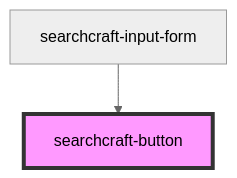
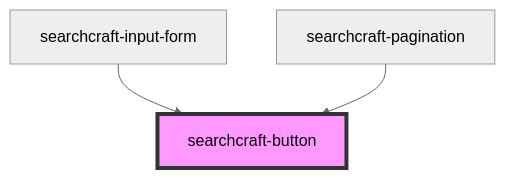
One commit to searchcraft-inc/searchcraft-javascript-sdks changed the diagram in packages/javascript-sdk/src/components/searchcraft-button/readme.md. Above: the diagram before and after it, drawn with Mermaid (neutral theme). The commit also changed other lines of this file and 86 other files, not shown here.

````diff
--- a/packages/javascript-sdk/src/components/searchcraft-button/readme.md
+++ b/packages/javascript-sdk/src/components/searchcraft-button/readme.md
@@ -38,5 +42,6 @@
 ```mermaid
 graph TD;
   searchcraft-input-form --> searchcraft-button
+  searchcraft-pagination --> searchcraft-button
   style searchcraft-button fill:#f9f,stroke:#333,stroke-width:4px
 ```
````
